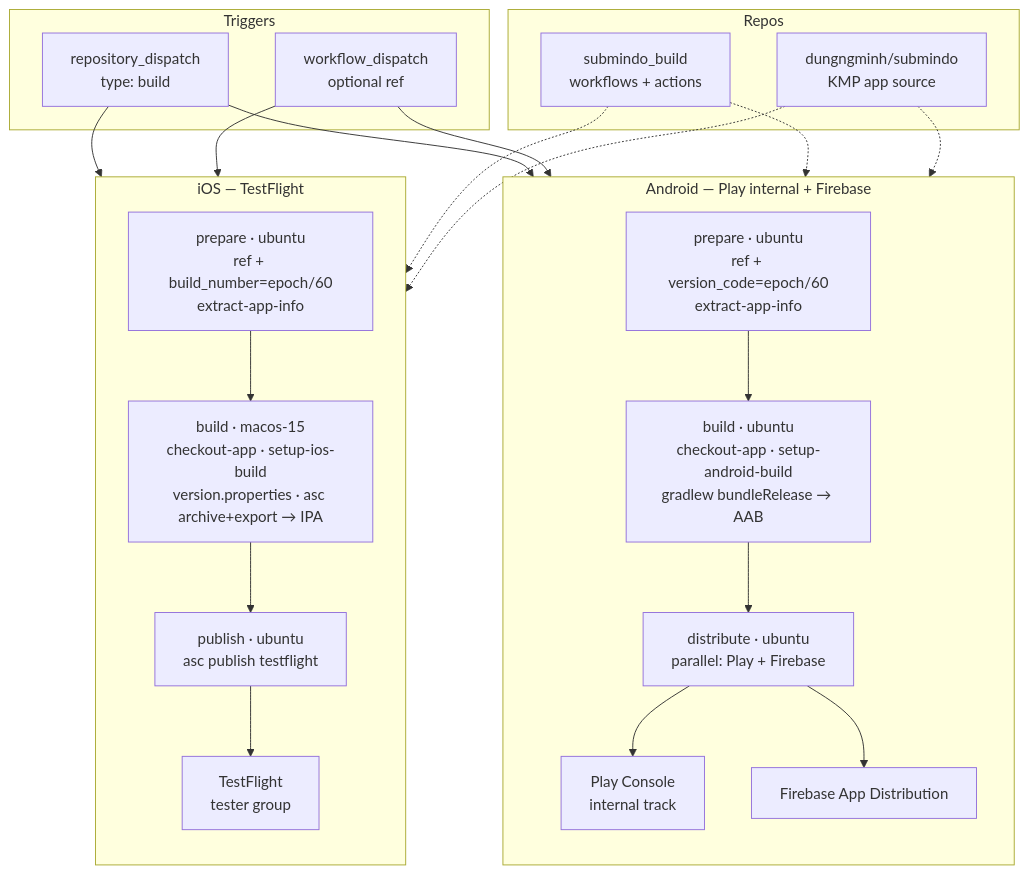
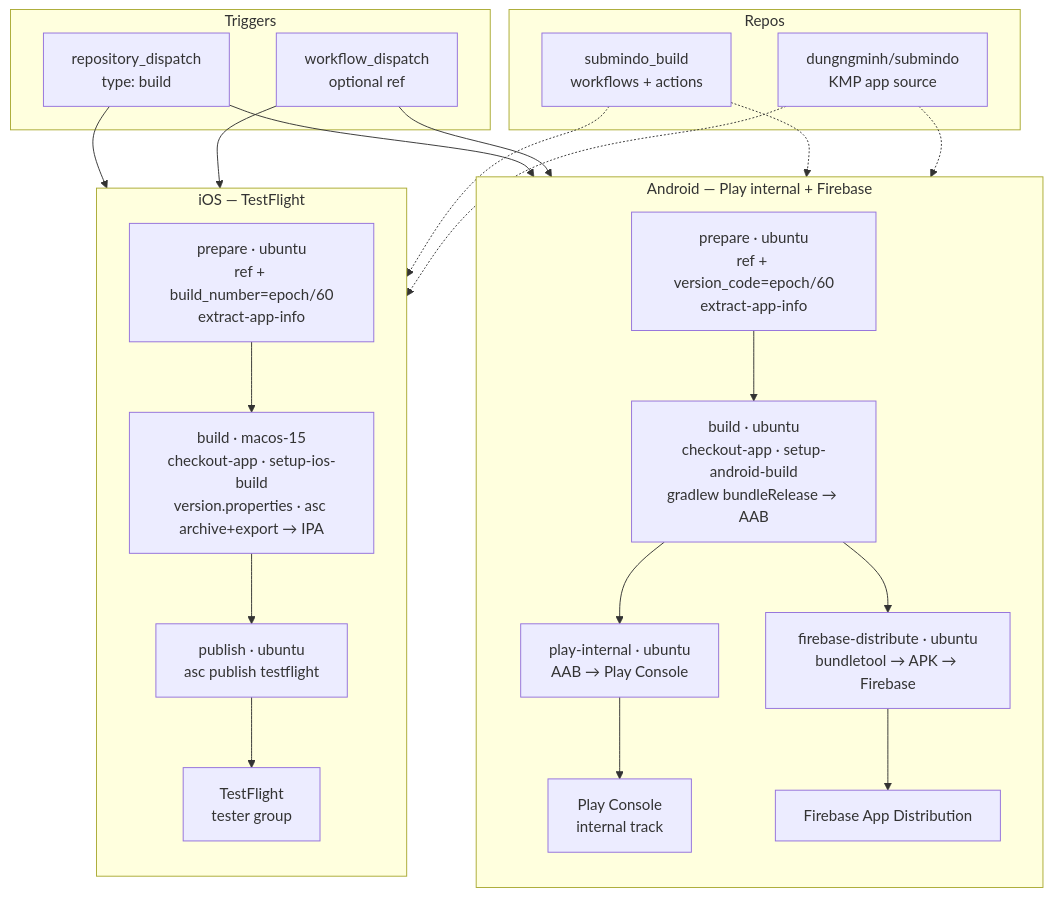
Before and after one commit to dungngminh/submindo_build: the diagram in README.md, drawn with Mermaid. The commit also changed other lines of this file and 1 other file, not shown here.

Commit message:
use job level parallel

````diff
--- a/README.md
+++ b/README.md
@@ -12,45 +12,48 @@
 ```mermaid
 flowchart TB
     subgraph triggers["Triggers"]
         dispatch["repository_dispatch<br/>type: build"]
         manual["workflow_dispatch<br/>optional ref"]
     end
 
     subgraph repos["Repos"]
         build_repo["submindo_build<br/>workflows + actions"]
         app_repo["dungngminh/submindo<br/>KMP app source"]
     end
 
     dispatch --> android_prepare
     dispatch --> ios_prepare
     manual --> android_prepare
     manual --> ios_prepare
 
   build_repo -.-> android_prepare
   build_repo -.-> ios_prepare
   app_repo -.-> android_build
   app_repo -.-> ios_build
 
     subgraph android["Android — Play internal + Firebase"]
         direction TB
         android_prepare["prepare · ubuntu<br/>ref + version_code=epoch/60<br/>extract-app-info"]
         android_build["build · ubuntu<br/>checkout-app · setup-android-build<br/>gradlew bundleRelease → AAB"]
-        android_distribute["distribute · ubuntu<br/>parallel: Play + Firebase"]
+        android_play["play-internal · ubuntu<br/>AAB → Play Console"]
+        android_firebase["firebase-distribute · ubuntu<br/>bundletool → APK → Firebase"]
         play["Play Console<br/>internal track"]
         firebase["Firebase App Distribution"]
 
-        android_prepare --> android_build --> android_distribute
-        android_distribute --> play
-        android_distribute --> firebase
+        android_prepare --> android_build
+        android_build --> android_play
+        android_build --> android_firebase
+        android_play --> play
+        android_firebase --> firebase
     end
 
     subgraph ios["iOS — TestFlight"]
         direction TB
         ios_prepare["prepare · ubuntu<br/>ref + build_number=epoch/60<br/>extract-app-info"]
         ios_build["build · macos-15<br/>checkout-app · setup-ios-build<br/>version.properties · asc archive+export → IPA"]
         ios_publish["publish · ubuntu<br/>asc publish testflight"]
         testflight["TestFlight<br/>tester group"]
 
         ios_prepare --> ios_build --> ios_publish --> testflight
     end
 ```
````
